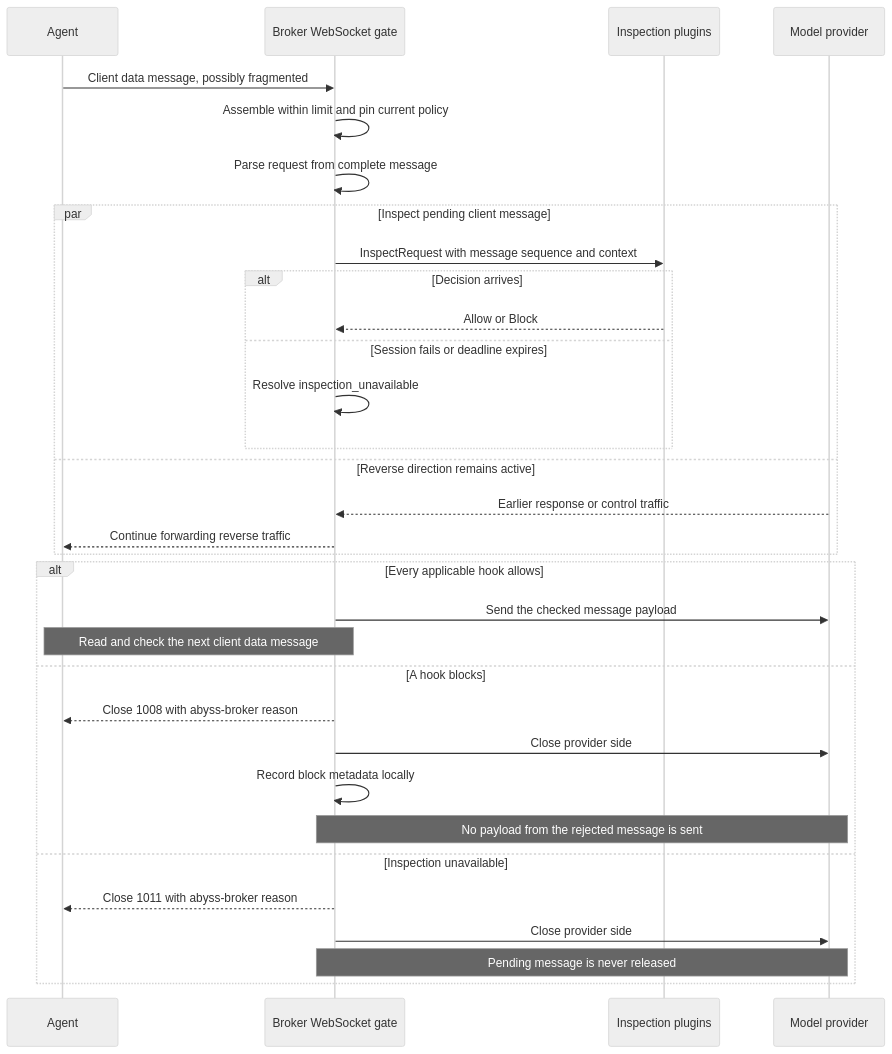
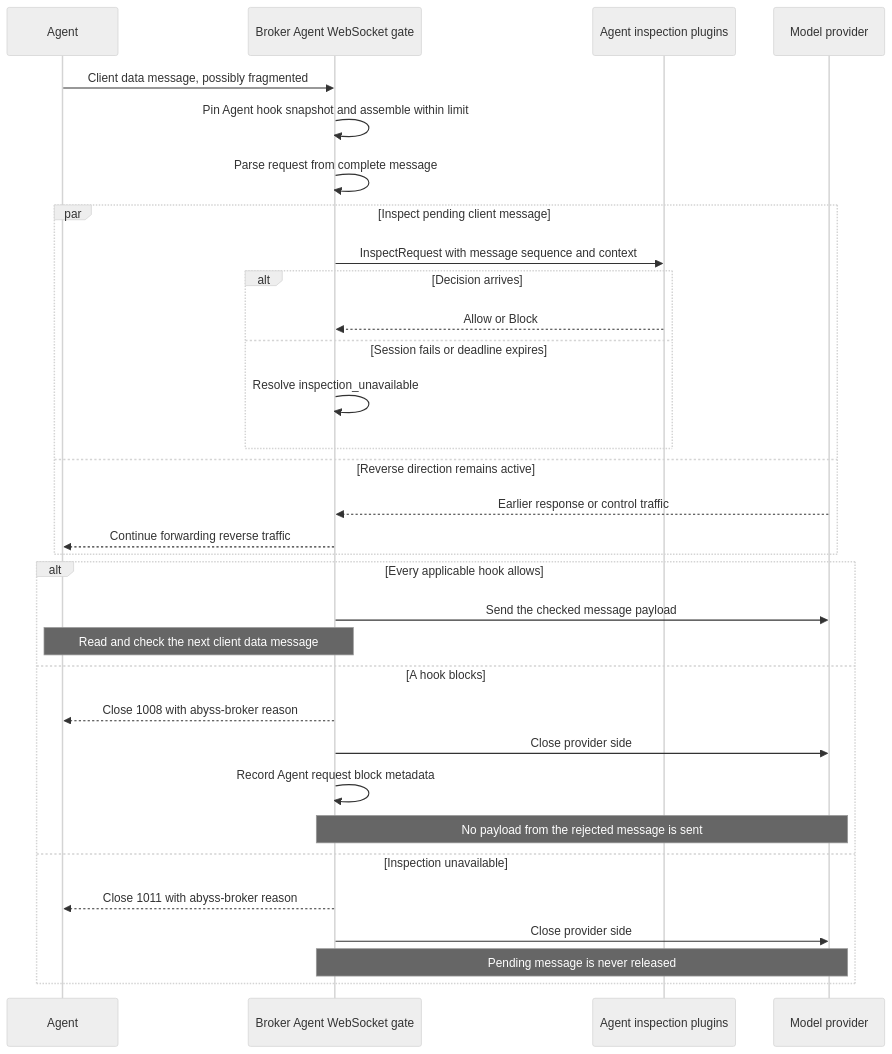
The fourth of 4 diagrams in docs/request-blocking-design.md (lexmount/abyss-rs), drawn with Mermaid (neutral theme) before and after one commit. The commit also changed other lines of this file, not shown here.

First line of the commit message:
docs: separate network and Agent blocking

````diff
--- a/docs/request-blocking-design.md
+++ b/docs/request-blocking-design.md
@@ -310,34 +388,34 @@
 ```mermaid
 sequenceDiagram
     participant A as Agent
-    participant B as Broker WebSocket gate
-    participant H as Inspection plugins
+    participant B as Broker Agent WebSocket gate
+    participant H as Agent inspection plugins
     participant P as Model provider
     A->>B: Client data message, possibly fragmented
-    B->>B: Assemble within limit and pin current policy
+    B->>B: Pin Agent hook snapshot and assemble within limit
     B->>B: Parse request from complete message
     par Inspect pending client message
         B->>H: InspectRequest with message sequence and context
         alt Decision arrives
             H-->>B: Allow or Block
         else Session fails or deadline expires
             B->>B: Resolve inspection_unavailable
         end
     and Reverse direction remains active
         P-->>B: Earlier response or control traffic
         B-->>A: Continue forwarding reverse traffic
     end
     alt Every applicable hook allows
         B->>P: Send the checked message payload
         Note over A,B: Read and check the next client data message
     else A hook blocks
         B-->>A: Close 1008 with abyss-broker reason
         B->>P: Close provider side
-        B->>B: Record block metadata locally
+        B->>B: Record Agent request block metadata
         Note over B,P: No payload from the rejected message is sent
     else Inspection unavailable
         B-->>A: Close 1011 with abyss-broker reason
         B->>P: Close provider side
         Note over B,P: Pending message is never released
     end
 ```
````
